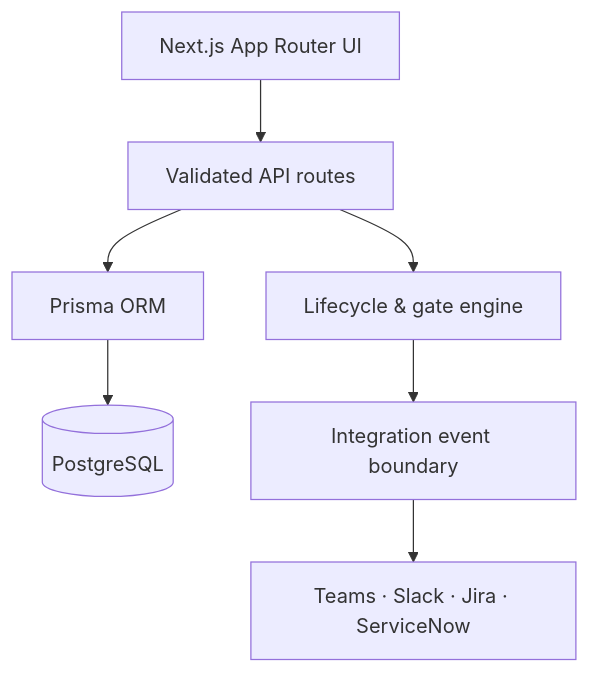
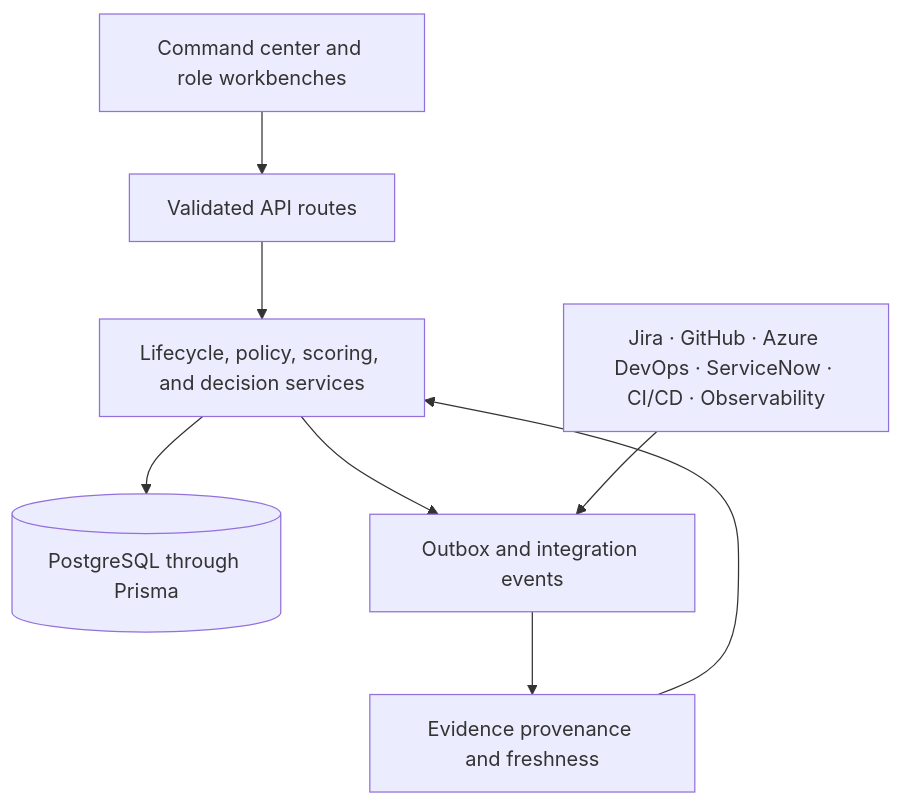
The second of 2 diagrams in README.md (PlainJane20/tarmac), drawn with Mermaid before and after one commit. The commit also changed other lines of this file and 59 other files, not shown here.

````diff
--- a/README.md
+++ b/README.md
@@ -46,9 +102,10 @@
 ```mermaid
 flowchart TB
-  UI[Next.js App Router UI] --> API[Validated API routes]
-  API --> Domain[Lifecycle & gate engine]
-  API --> Data[Prisma ORM]
-  Data --> DB[(PostgreSQL)]
-  Domain --> Events[Integration event boundary]
-  Events --> Tools[Teams · Slack · Jira · ServiceNow]
+  Experience[Command center and role workbenches] --> API[Validated API routes]
+  API --> Domain[Lifecycle, policy, scoring, and decision services]
+  Domain --> Data[(PostgreSQL through Prisma)]
+  Domain --> Events[Outbox and integration events]
+  Tools[Jira · GitHub · Azure DevOps · ServiceNow · CI/CD · Observability] --> Events
+  Events --> Evidence[Evidence provenance and freshness]
+  Evidence --> Domain
 ```
````
